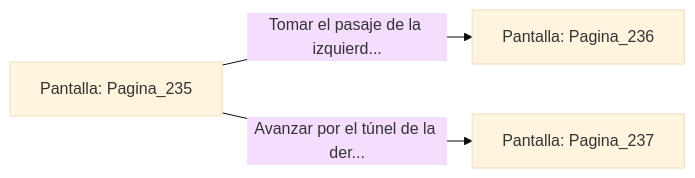
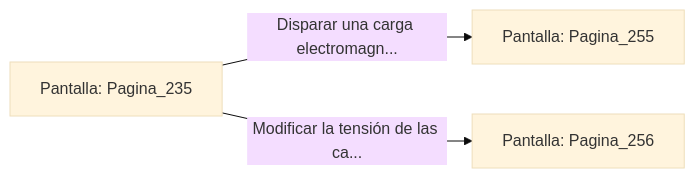
Before and after one commit to metsuke/mpl: the diagram in sample/eligejuego-vault/Pantalla_Pagina_235.md, drawn with Mermaid (base theme). The commit also changed other lines of this file and 635 other files, not shown here.

First line of the commit message:
fix: añadir Pagina_1 como pantalla inicial en capitulo_01.mpl

````diff
--- a/sample/eligejuego-vault/Pantalla_Pagina_235.md
+++ b/sample/eligejuego-vault/Pantalla_Pagina_235.md
@@ -20,6 +24,6 @@
 ```mermaid
 graph LR
     P_Pagina_235["Pantalla: Pagina_235"]
-    P_Pagina_235 -->|"Tomar el pasaje de la izquierd..."| P_Pagina_236["Pantalla: Pagina_236"]
-    P_Pagina_235 -->|"Avanzar por el túnel de la der..."| P_Pagina_237["Pantalla: Pagina_237"]
+    P_Pagina_235 -->|"Disparar una carga electromagn..."| P_Pagina_255["Pantalla: Pagina_255"]
+    P_Pagina_235 -->|"Modificar la tensión de las ca..."| P_Pagina_256["Pantalla: Pagina_256"]
 ```
````
